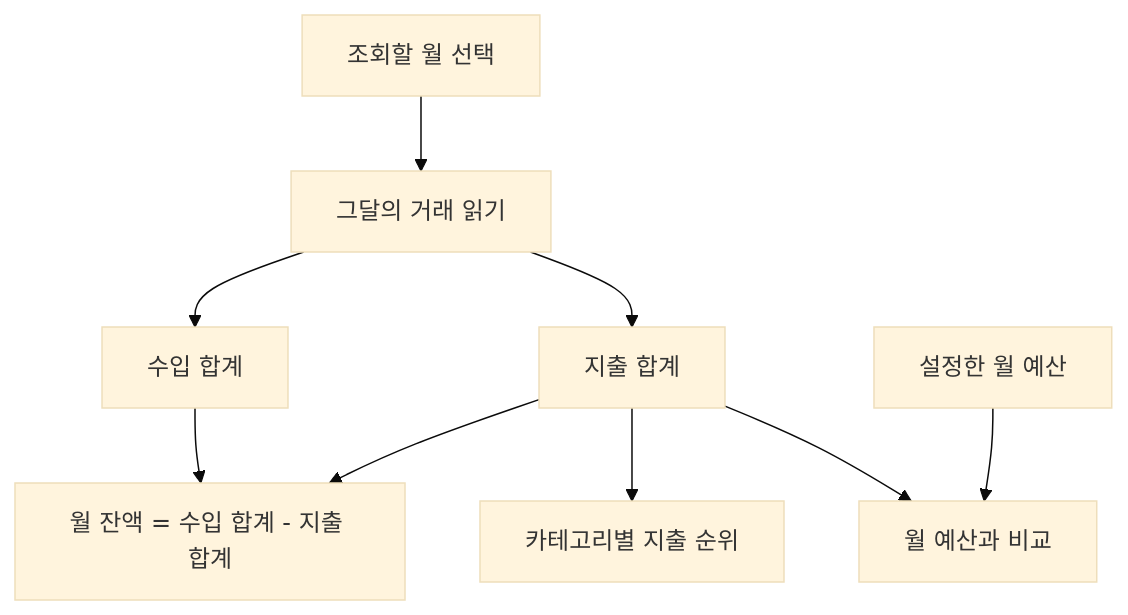
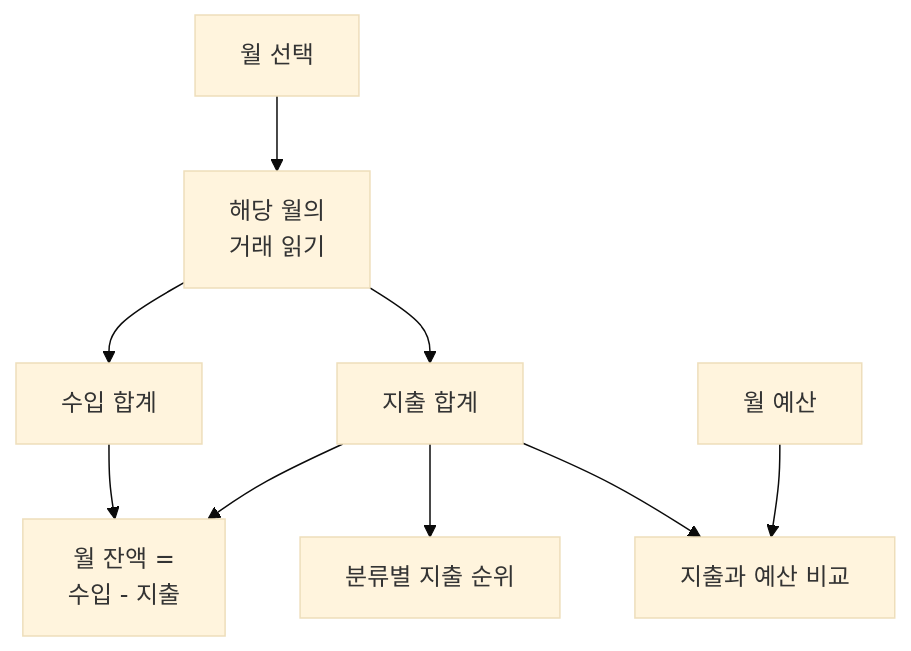
One commit to Cerhovah/Codyssey_Mission_B2-1 changed the fourth of 9 diagrams in README.md. Above: the diagram before and after it, drawn with Mermaid (base theme). The commit also changed other lines of this file, not shown here.

First line of the commit message:
docs: 구조도 문구와 줄바꿈을 읽기 쉽게 정리

````diff
--- a/README.md
+++ b/README.md
@@ -240,11 +240,11 @@
 ```mermaid
 flowchart TD
-    Month["조회할 월 선택"] --> Records["그달의 거래 읽기"]
+    Month["월 선택"] --> Records["해당 월의<br/>거래 읽기"]
     Records --> Income["수입 합계"]
     Records --> Expense["지출 합계"]
-    Income --> Balance["월 잔액 = 수입 합계 - 지출 합계"]
+    Income --> Balance["월 잔액 =<br/>수입 - 지출"]
     Expense --> Balance
-    Expense --> Rank["카테고리별 지출 순위"]
-    Expense --> Compare["월 예산과 비교"]
-    Budget["설정한 월 예산"] --> Compare
+    Expense --> Rank["분류별 지출 순위"]
+    Expense --> Compare["지출과 예산 비교"]
+    Budget["월 예산"] --> Compare
 ```
````
